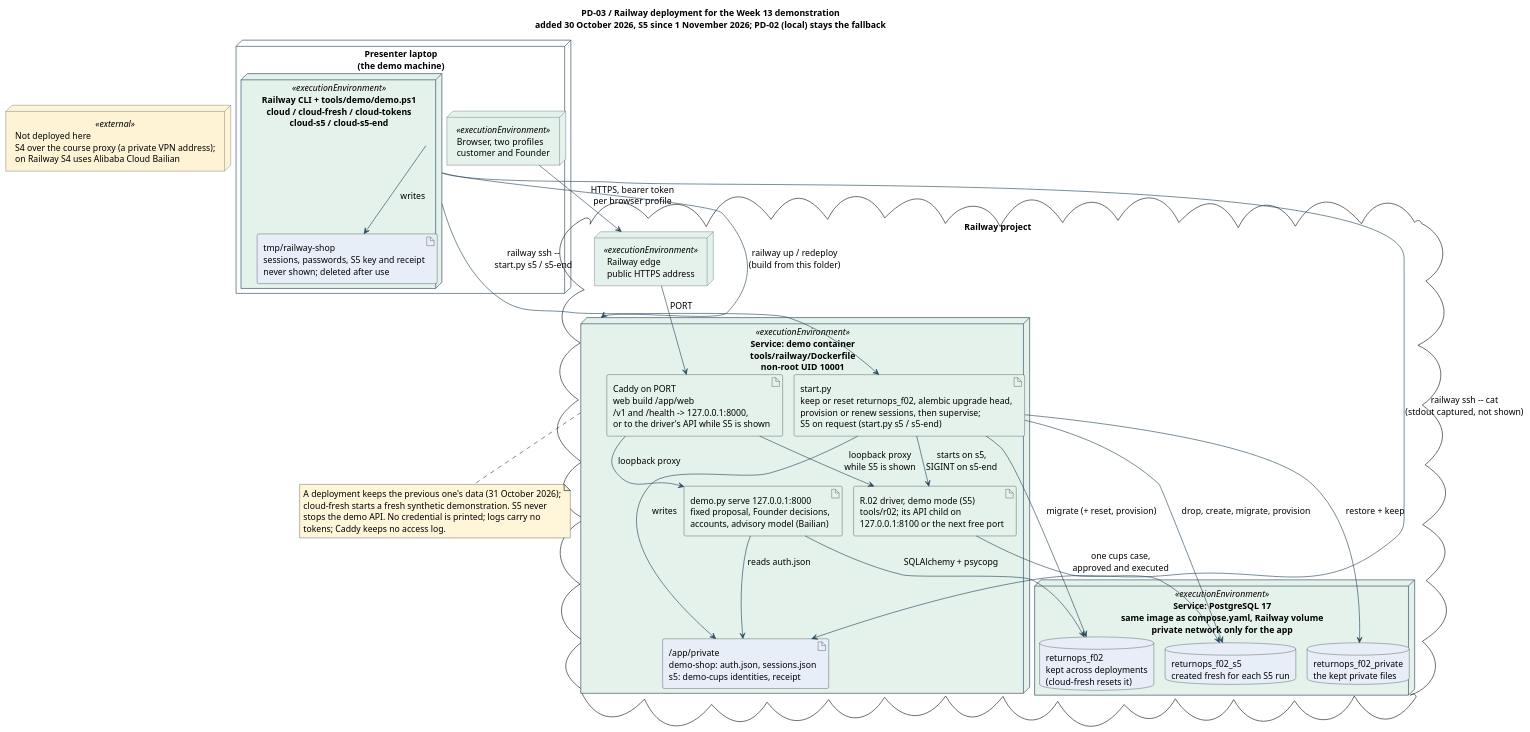
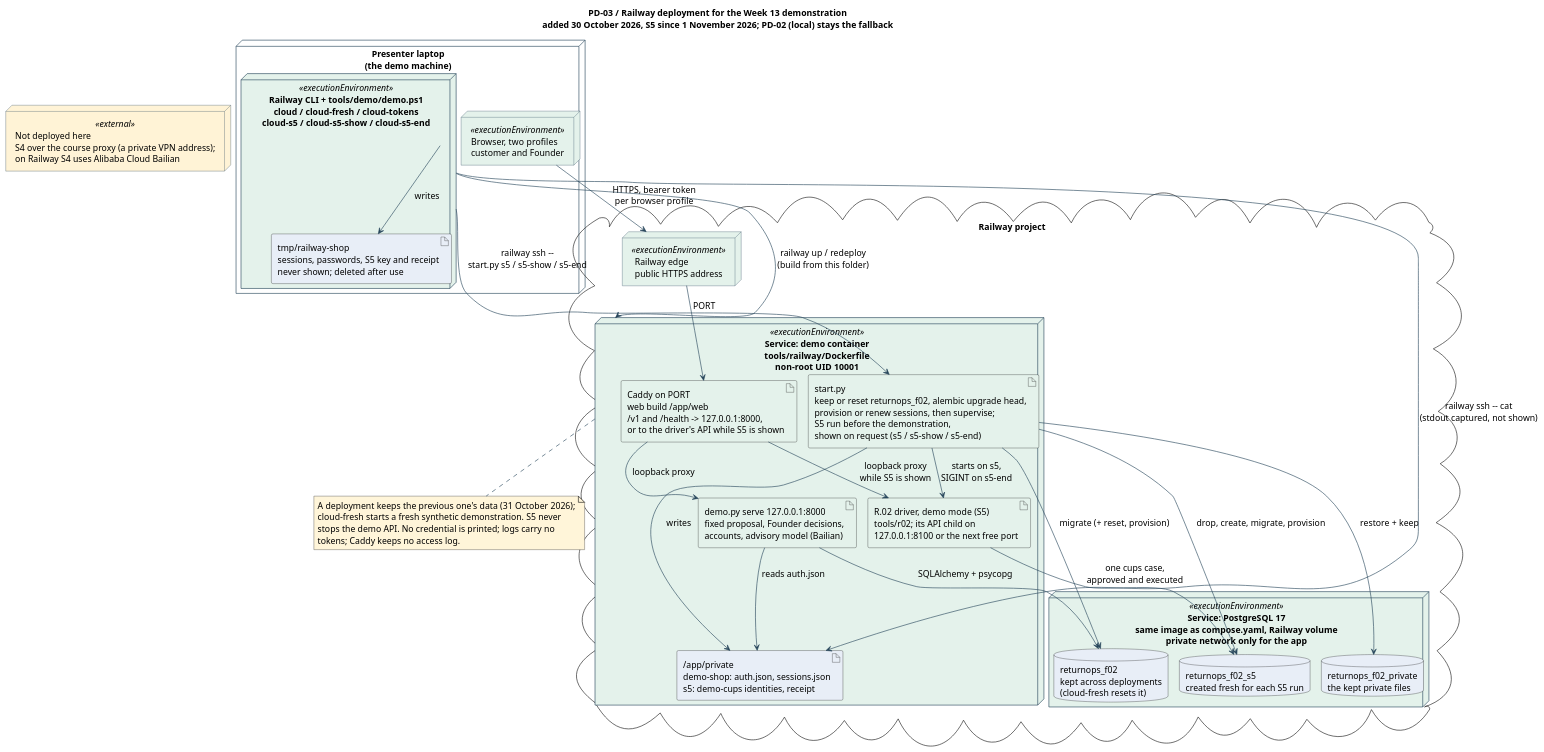
The diagram in docs/diagrams/shared/deployment-railway.puml (shuxiachai/returnops-au), drawn with PlantUML before and after one commit. The commit also changed 7 other files, not shown here.

```diff
--- a/docs/diagrams/shared/deployment-railway.puml
+++ b/docs/diagrams/shared/deployment-railway.puml
@@ -1,63 +1,63 @@
 @startuml
 title PD-03 / Railway deployment for the Week 13 demonstration\nadded 30 October 2026, S5 since 1 November 2026; PD-02 (local) stays the fallback
 !pragma layout smetana
 top to bottom direction
 skinparam defaultFontName SansSerif
 skinparam defaultFontSize 14
 skinparam shadowing false
 skinparam componentStyle rectangle
 skinparam ArrowColor #27465B
 skinparam nodeBorderColor #27465B
 skinparam noteBackgroundColor #FFF5D9
 skinparam nodesep 55
 skinparam ranksep 55
 
 node "Presenter laptop\n(the demo machine)" as Laptop {
   node "Browser, two profiles\ncustomer and Founder" as Browser <<executionEnvironment>> #E4F2EB
-  node "Railway CLI + tools/demo/demo.ps1\ncloud / cloud-fresh / cloud-tokens\ncloud-s5 / cloud-s5-end" as Cli <<executionEnvironment>> #E4F2EB {
+  node "Railway CLI + tools/demo/demo.ps1\ncloud / cloud-fresh / cloud-tokens\ncloud-s5 / cloud-s5-show / cloud-s5-end" as Cli <<executionEnvironment>> #E4F2EB {
     artifact "tmp/railway-shop\nsessions, passwords, S5 key and receipt\nnever shown; deleted after use" as LocalSessions #E8EEF7
   }
 }
 
 cloud "Railway project" as Railway {
   node "Railway edge\npublic HTTPS address" as Edge <<executionEnvironment>> #E4F2EB
   node "Service: demo container\ntools/railway/Dockerfile\nnon-root UID 10001" as Service <<executionEnvironment>> #E4F2EB {
-    artifact "start.py\nkeep or reset returnops_f02, alembic upgrade head,\nprovision or renew sessions, then supervise;\nS5 on request (start.py s5 / s5-end)" as Start #E4F2EB
+    artifact "start.py\nkeep or reset returnops_f02, alembic upgrade head,\nprovision or renew sessions, then supervise;\nS5 run before the demonstration,\nshown on request (s5 / s5-show / s5-end)" as Start #E4F2EB
     artifact "Caddy on PORT\nweb build /app/web\n/v1 and /health -> 127.0.0.1:8000,\nor to the driver's API while S5 is shown" as Caddy #E4F2EB
     artifact "demo.py serve 127.0.0.1:8000\nfixed proposal, Founder decisions,\naccounts, advisory model (Bailian)" as Api #E4F2EB
     artifact "R.02 driver, demo mode (S5)\ntools/r02; its API child on\n127.0.0.1:8100 or the next free port" as Driver #E4F2EB
     artifact "/app/private\ndemo-shop: auth.json, sessions.json\ns5: demo-cups identities, receipt" as Private #E8EEF7
   }
   node "Service: PostgreSQL 17\nsame image as compose.yaml, Railway volume\nprivate network only for the app" as Postgres <<executionEnvironment>> #E4F2EB {
     database "returnops_f02\nkept across deployments\n(cloud-fresh resets it)" as Database #E8EEF7
     database "returnops_f02_s5\ncreated fresh for each S5 run" as S5Database #E8EEF7
     database "returnops_f02_private\nthe kept private files" as PrivateStore #E8EEF7
   }
 }
 
 node "Not deployed here\nS4 over the course proxy (a private VPN address);\non Railway S4 uses Alibaba Cloud Bailian" as Elsewhere <<external>> #FFF3D6
 
 Browser --> Edge : HTTPS, bearer token\nper browser profile
 Edge --> Caddy : PORT
 Caddy --> Api : loopback proxy
 Caddy --> Driver : loopback proxy\nwhile S5 is shown
 Start --> Private : writes
 Start --> Driver : starts on s5,\nSIGINT on s5-end
 Api --> Private : reads auth.json
 Start --> Database : migrate (+ reset, provision)
 Start --> S5Database : drop, create, migrate, provision
 Start --> PrivateStore : restore + keep
 Api --> Database : SQLAlchemy + psycopg
 Driver --> S5Database : one cups case,\napproved and executed
 Cli --> Service : railway up / redeploy\n(build from this folder)
 Cli --> Private : railway ssh -- cat\n(stdout captured, not shown)
-Cli --> Start : railway ssh --\nstart.py s5 / s5-end
+Cli --> Start : railway ssh --\nstart.py s5 / s5-show / s5-end
 Cli --> LocalSessions : writes
 
 note bottom of Service
 A deployment keeps the previous one's data (31 October 2026);
 cloud-fresh starts a fresh synthetic demonstration. S5 never
 stops the demo API. No credential is printed; logs carry no
 tokens; Caddy keeps no access log.
 end note
 @enduml
```
